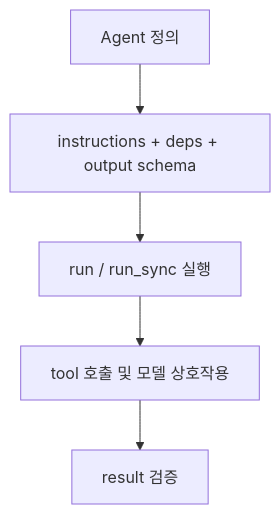
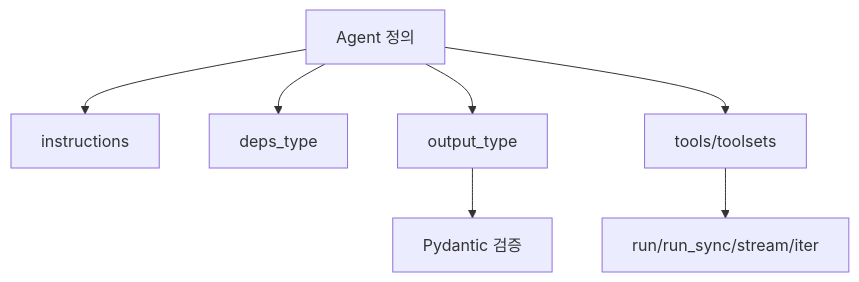
Before and after one commit to kim62210/llm-wiki: the diagram in wiki/tooling/pydantic-ai-agent-core.md, drawn with Mermaid. The commit also changed other lines of this file and 482 other files, not shown here.

````diff
--- a/wiki/tooling/pydantic-ai-agent-core.md
+++ b/wiki/tooling/pydantic-ai-agent-core.md
@@ -17,7 +16,9 @@
 ```mermaid
 flowchart TD
-    A[Agent 정의] --> B[instructions + deps + output schema]
-    B --> C[run / run_sync 실행]
-    C --> D[tool 호출 및 모델 상호작용]
-    D --> E[result 검증]
+    Agent[Agent 정의] --> Instructions[instructions]
+    Agent --> Deps[deps_type]
+    Agent --> Output[output_type]
+    Agent --> Tools[tools/toolsets]
+    Tools --> Run[run/run_sync/stream/iter]
+    Output --> Validate[Pydantic 검증]
 ```
````
